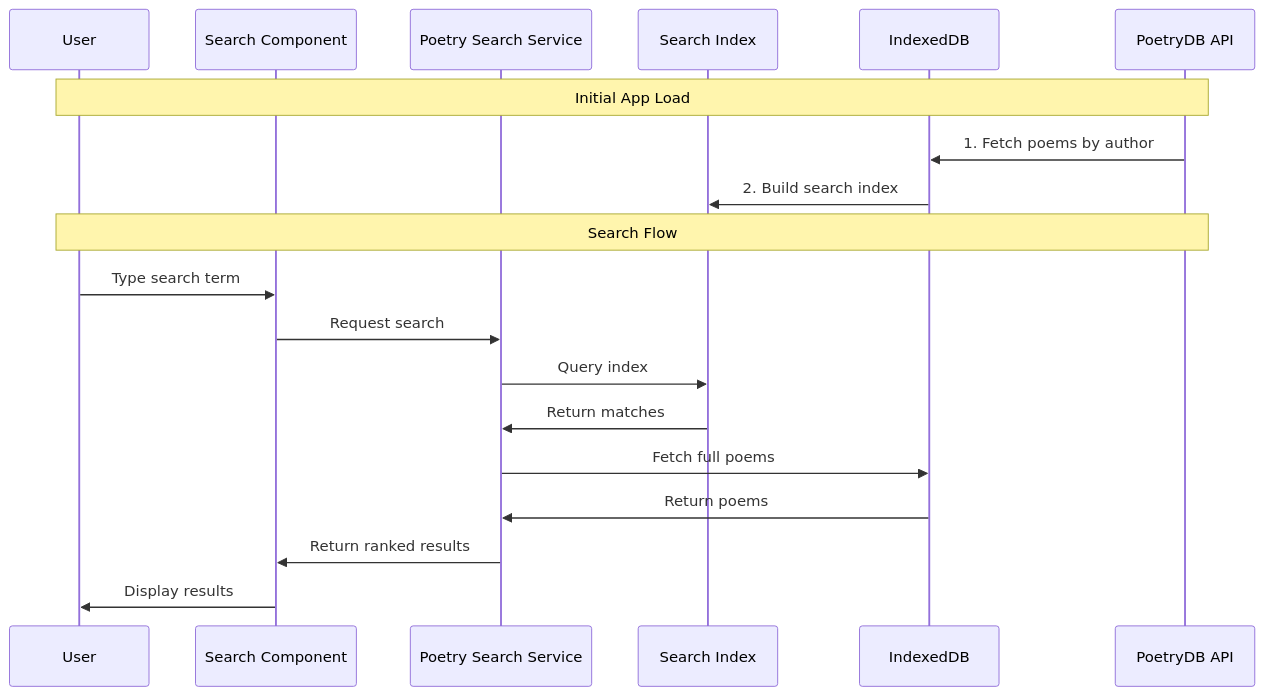
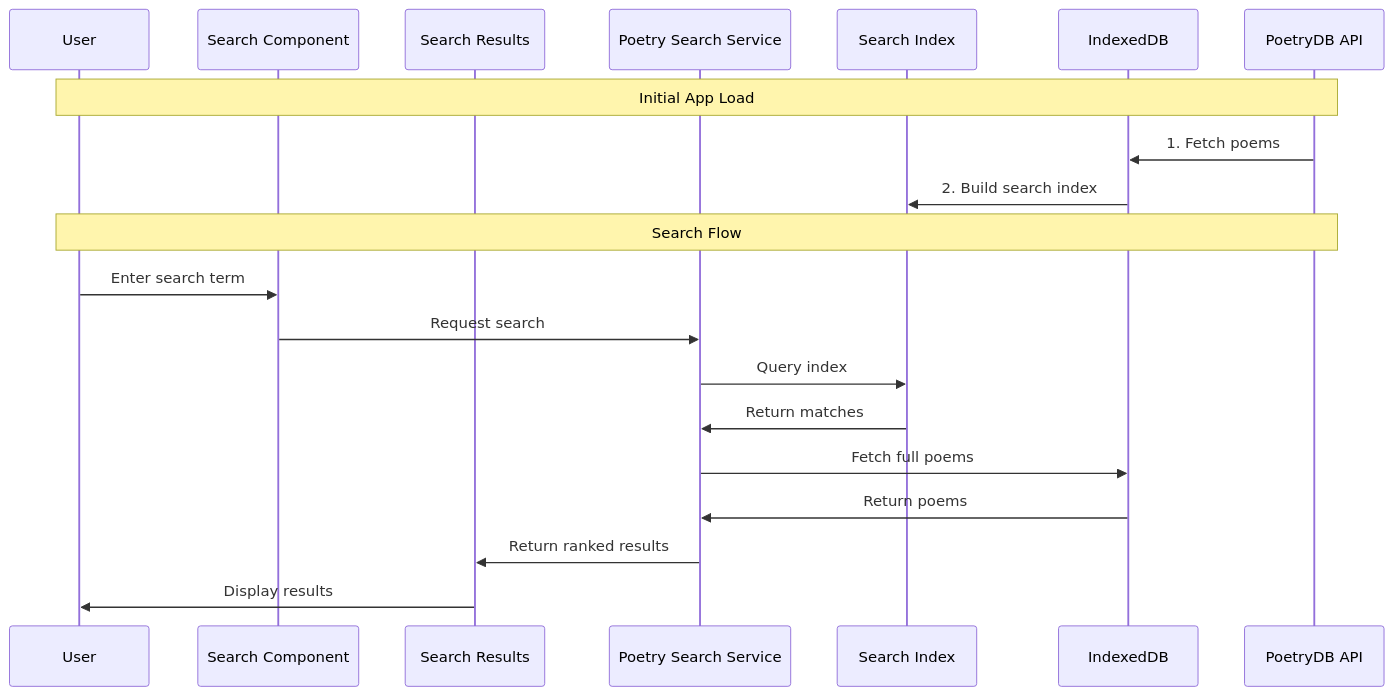
The second of 2 diagrams in src/docs/architecture.md (jfornear/the-poet), drawn with Mermaid before and after one commit. The commit also changed other lines of this file and 3 other files, not shown here.

````diff
--- a/src/docs/architecture.md
+++ b/src/docs/architecture.md
@@ -58,23 +52,24 @@
 ```mermaid
 sequenceDiagram
     participant U as User
     participant SC as Search Component
+    participant SR as Search Results
     participant PS as Poetry Search Service
     participant SI as Search Index
     participant DB as IndexedDB
     participant API as PoetryDB API
 
     Note over U,API: Initial App Load
-    API->>DB: 1. Fetch poems by author
+    API->>DB: 1. Fetch poems
     DB->>SI: 2. Build search index
     
     Note over U,API: Search Flow
-    U->>SC: Type search term
+    U->>SC: Enter search term
     SC->>PS: Request search
     PS->>SI: Query index
     SI->>PS: Return matches
     PS->>DB: Fetch full poems
     DB->>PS: Return poems
-    PS->>SC: Return ranked results
-    SC->>U: Display results
+    PS->>SR: Return ranked results
+    SR->>U: Display results
 ```
````
